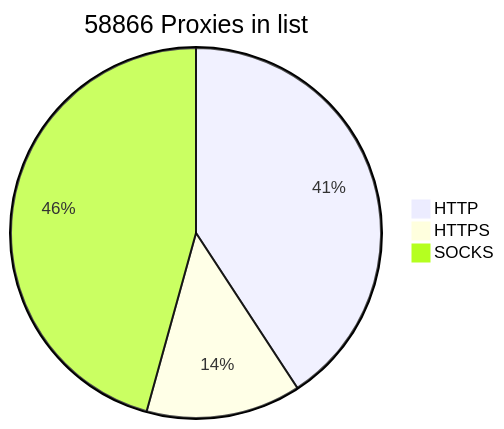
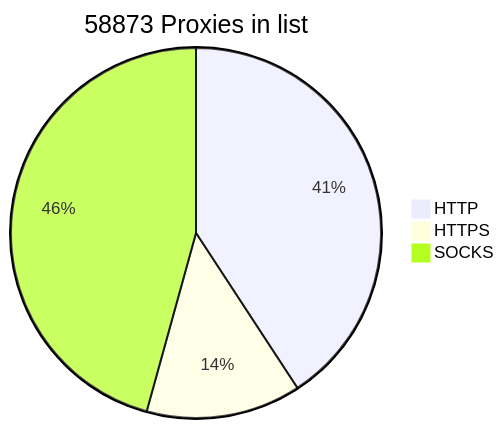
Before and after one commit to BlackSnowDot/proxylist-update-every-minute: the diagram in README.md, drawn with Mermaid.

````diff
--- a/README.md
+++ b/README.md
@@ -2,6 +2,6 @@
 ```mermaid
-pie title 58866 Proxies in list
+pie title 58873 Proxies in list
     "HTTP" : 27048
     "HTTPS": 8966
-    "SOCKS" : 30310
+    "SOCKS" : 30317
 ```
````
